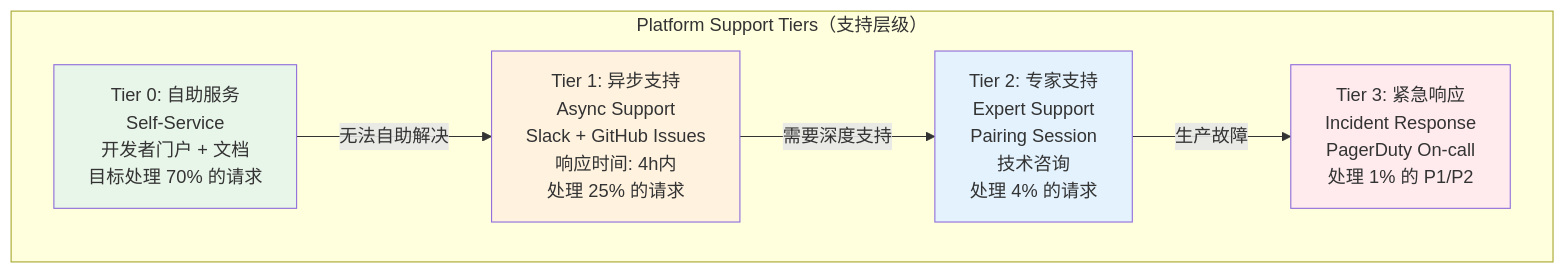
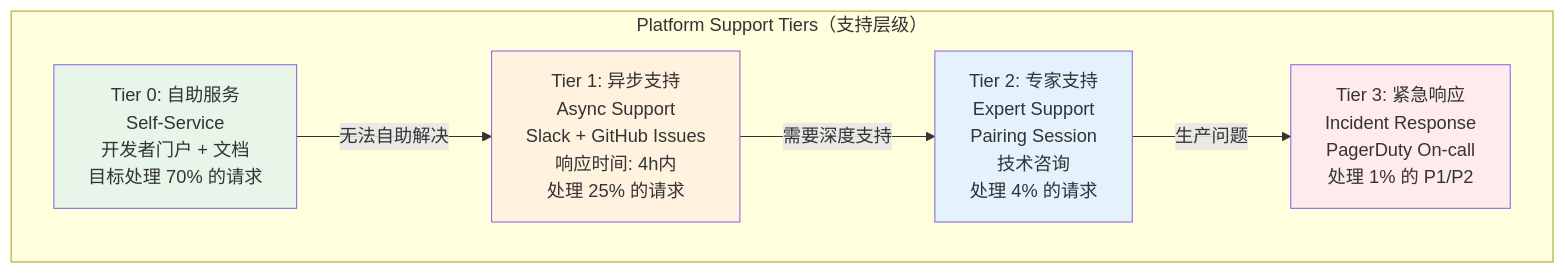
Before and after one commit to kudig-io/kudig-database: diagram 12 of 21 in domain-07-platform-engineering/developer-experience/10-platform-team-topology.md, drawn with Mermaid. The commit also changed other lines of this file and 1236 other files, not shown here.

````diff
--- a/domain-07-platform-engineering/developer-experience/10-platform-team-topology.md
+++ b/domain-07-platform-engineering/developer-experience/10-platform-team-topology.md
@@ -589,18 +589,18 @@
 ```mermaid
 graph TD
     subgraph "Platform Support Tiers（支持层级）"
         T0["Tier 0: 自助服务\nSelf-Service\n开发者门户 + 文档\n目标处理 70% 的请求"]
         T1["Tier 1: 异步支持\nAsync Support\nSlack + GitHub Issues\n响应时间: 4h内\n处理 25% 的请求"]
         T2["Tier 2: 专家支持\nExpert Support\nPairing Session\n技术咨询\n处理 4% 的请求"]
         T3["Tier 3: 紧急响应\nIncident Response\nPagerDuty On-call\n处理 1% 的 P1/P2"]
     end
     
     T0 -->|无法自助解决| T1
     T1 -->|需要深度支持| T2
-    T2 -->|生产故障| T3
+    T2 -->|生产问题| T3
     
     style T0 fill:#e8f5e9
     style T1 fill:#fff3e0
     style T2 fill:#e3f2fd
     style T3 fill:#ffebee
 ```
````
